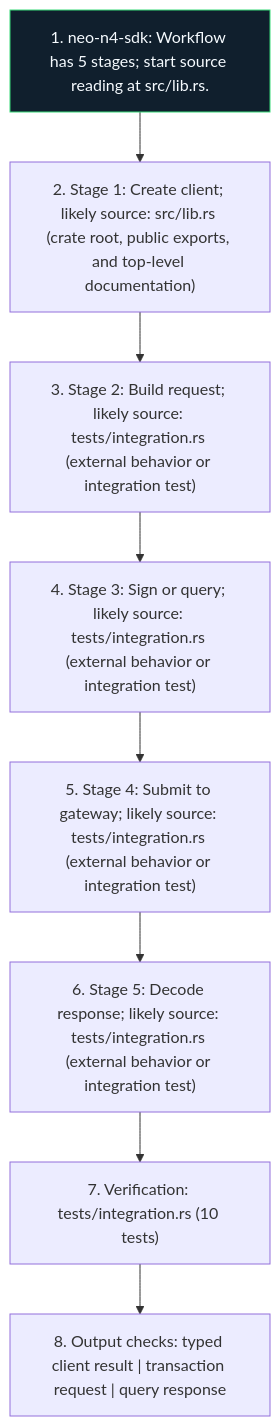
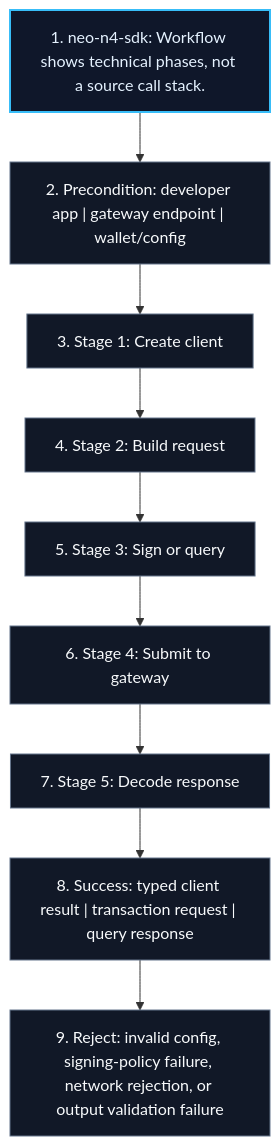
The diagram in sdk/rust/docs/figures/workflow.mmd (r3e-network/neo-n4), drawn with Mermaid before and after one commit. The commit also changed 515 other files, not shown here.

Commit message:
Replace crate diagrams with technical views

```diff
--- a/sdk/rust/docs/figures/workflow.mmd
+++ b/sdk/rust/docs/figures/workflow.mmd
@@ -1,18 +1,22 @@
 flowchart TB
-    N1["1. neo-n4-sdk: Workflow has 5 stages; start source reading at src/lib.rs."]
-    N2["2. Stage 1: Create client; likely source: src/lib.rs (crate root, public exports, and top-level documentation)"]
-    N3["3. Stage 2: Build request; likely source: tests/integration.rs (external behavior or integration test)"]
-    N4["4. Stage 3: Sign or query; likely source: tests/integration.rs (external behavior or integration test)"]
-    N5["5. Stage 4: Submit to gateway; likely source: tests/integration.rs (external behavior or integration test)"]
-    N6["6. Stage 5: Decode response; likely source: tests/integration.rs (external behavior or integration test)"]
-    N7["7. Verification: tests/integration.rs (10 tests)"]
-    N8["8. Output checks: typed client result | transaction request | query response"]
+    N1["1. neo-n4-sdk: Workflow shows technical phases, not a source call stack."]
+    N2["2. Precondition: developer app | gateway endpoint | wallet/config"]
+    N3["3. Stage 1: Create client"]
+    N4["4. Stage 2: Build request"]
+    N5["5. Stage 3: Sign or query"]
+    N6["6. Stage 4: Submit to gateway"]
+    N7["7. Stage 5: Decode response"]
+    N8["8. Success: typed client result | transaction request | query response"]
+    N9["9. Reject: invalid config, signing-policy failure, network rejection, or output validation failure"]
     N1 --> N2
     N2 --> N3
     N3 --> N4
     N4 --> N5
     N5 --> N6
     N6 --> N7
     N7 --> N8
-    classDef crate fill:#101f2d,stroke:#38d978,color:#f6fbff
-    class N1 crate
+    N8 --> N9
+    classDef core fill:#0f172a,stroke:#38bdf8,color:#e5f2ff,stroke-width:2px;
+    classDef support fill:#111827,stroke:#64748b,color:#f8fafc;
+    class N1 core;
+    class N2,N3,N4,N5,N6,N7,N8,N9 support;
```
